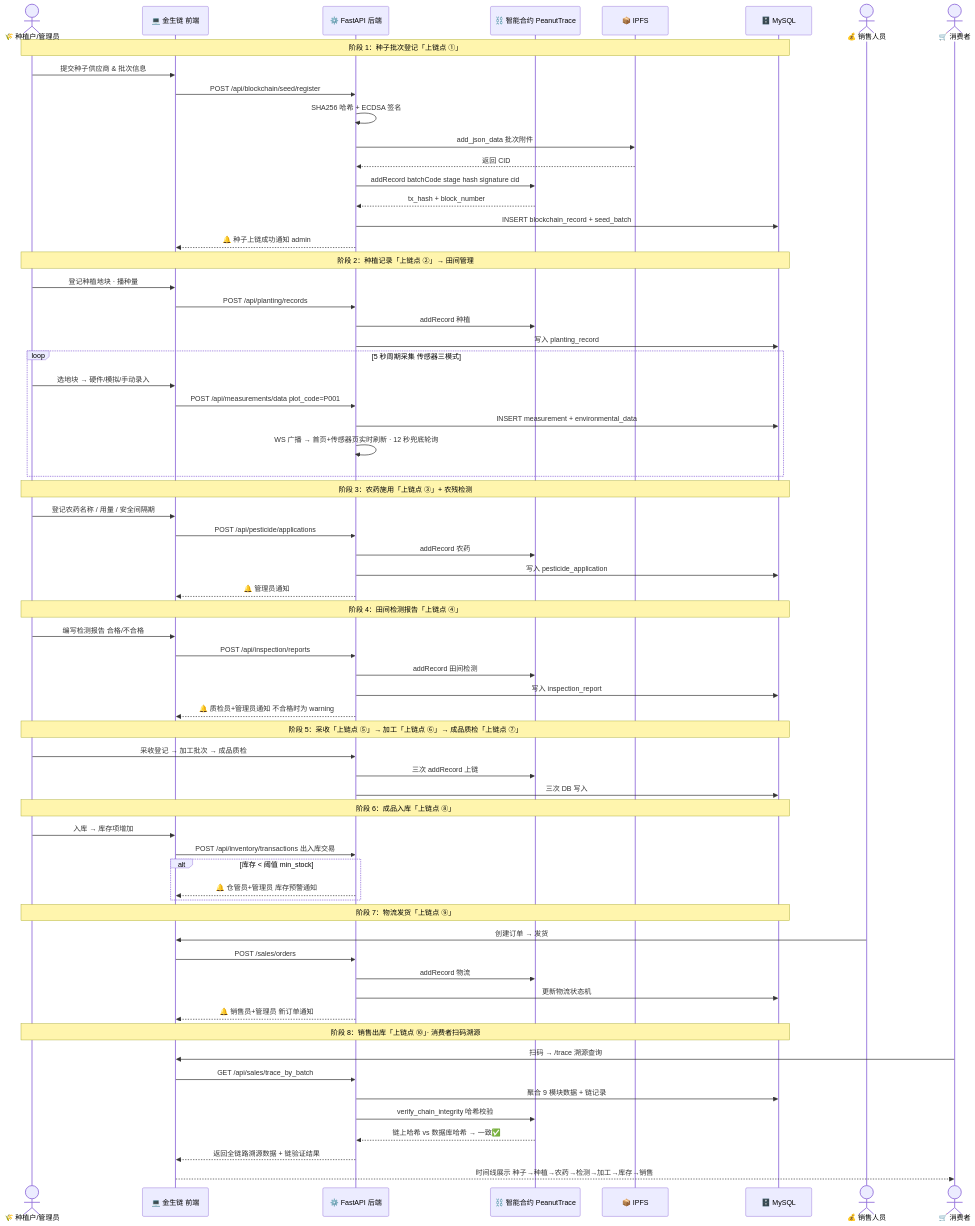
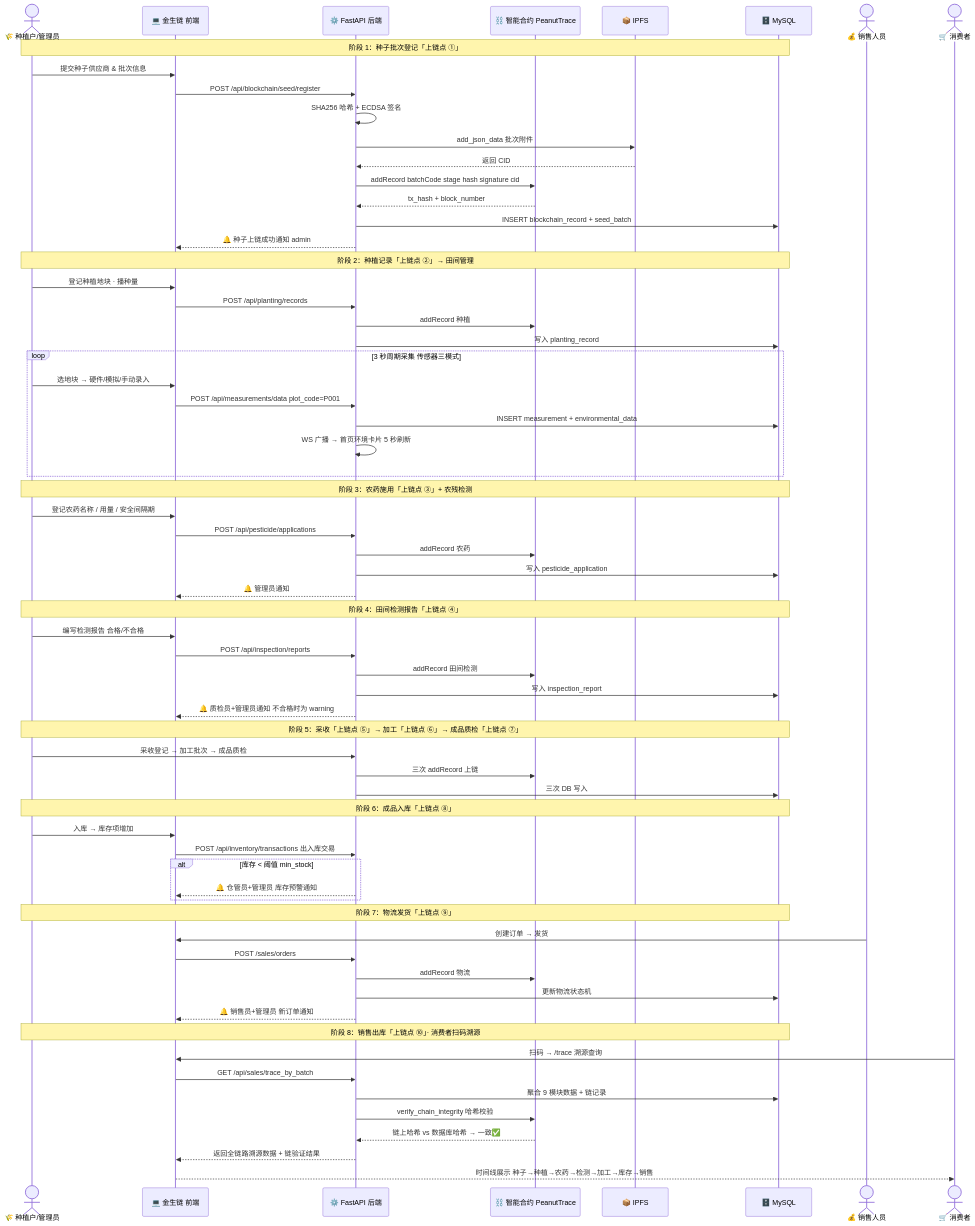
The second of 2 diagrams in README.md (Da123e/nongyao), drawn with Mermaid before and after one commit. The commit also changed other lines of this file and 2 other files, not shown here.

First line of the commit message:
docs: 同步README内嵌架构图/时序图为最新版，移除评审视角敏感字样

````diff
--- a/README.md
+++ b/README.md
@@ -226,77 +226,77 @@
 ```mermaid
 sequenceDiagram
     actor F as 🌾 种植户/管理员
     participant FE as 💻 金生链 前端
     participant BE as ⚙️ FastAPI 后端
     participant BC as ⛓️ 智能合约 PeanutTrace
     participant IPFS as 📦 IPFS
     participant DB as 🗄️ MySQL
 
     Note over F,DB: 阶段 1：种子批次登记「上链点 ①」
     F->>FE: 提交种子供应商 & 批次信息
     FE->>BE: POST /api/blockchain/seed/register
     BE->>BE: SHA256 哈希 + ECDSA 签名
     BE->>IPFS: add_json_data 批次附件
     IPFS-->>BE: 返回 CID
     BE->>BC: addRecord batchCode stage hash signature cid
     BC-->>BE: tx_hash + block_number
     BE->>DB: INSERT blockchain_record + seed_batch
     BE-->>FE: 🔔 种子上链成功通知 admin
 
     Note over F,DB: 阶段 2：种植记录「上链点 ②」→ 田间管理
     F->>FE: 登记种植地块 · 播种量
     FE->>BE: POST /api/planting/records
     BE->>BC: addRecord 种植
     BE->>DB: 写入 planting_record
 
-    loop 5 秒周期采集 传感器三模式
+    loop 3 秒周期采集 传感器三模式
         F->>FE: 选地块 → 硬件/模拟/手动录入
         FE->>BE: POST /api/measurements/data plot_code=P001
         BE->>DB: INSERT measurement + environmental_data
-        BE->>BE: WS 广播 → 首页+传感器页实时刷新 · 12 秒兜底轮询
+        BE->>BE: WS 广播 → 首页环境卡片 5 秒刷新
     end
 
     Note over F,DB: 阶段 3：农药施用「上链点 ③」+ 农残检测
     F->>FE: 登记农药名称 / 用量 / 安全间隔期
     FE->>BE: POST /api/pesticide/applications
     BE->>BC: addRecord 农药
     BE->>DB: 写入 pesticide_application
     BE-->>FE: 🔔 管理员通知
 
     Note over F,DB: 阶段 4：田间检测报告「上链点 ④」
     F->>FE: 编写检测报告 合格/不合格
     FE->>BE: POST /api/inspection/reports
     BE->>BC: addRecord 田间检测
     BE->>DB: 写入 inspection_report
     BE-->>FE: 🔔 质检员+管理员通知 不合格时为 warning
 
     Note over F,DB: 阶段 5：采收「上链点 ⑤」→ 加工「上链点 ⑥」→ 成品质检「上链点 ⑦」
     F->>BE: 采收登记 → 加工批次 → 成品质检
     BE->>BC: 三次 addRecord 上链
     BE->>DB: 三次 DB 写入
 
     Note over F,DB: 阶段 6：成品入库「上链点 ⑧」
     F->>FE: 入库 → 库存项增加
     FE->>BE: POST /api/inventory/transactions 出入库交易
     alt 库存 < 阈值 min_stock
         BE-->>FE: 🔔 仓管员+管理员 库存预警通知
     end
 
     Note over F,DB: 阶段 7：物流发货「上链点 ⑨」
     actor S as 💰 销售人员
     S->>FE: 创建订单 → 发货
     FE->>BE: POST /sales/orders
     BE->>BC: addRecord 物流
     BE->>DB: 更新物流状态机
     BE-->>FE: 🔔 销售员+管理员 新订单通知
 
     Note over F,DB: 阶段 8：销售出库「上链点 ⑩」· 消费者扫码溯源
     actor C as 🛒 消费者
     C->>FE: 扫码 → /trace 溯源查询
     FE->>BE: GET /api/sales/trace_by_batch
     BE->>DB: 聚合 9 模块数据 + 链记录
     BE->>BC: verify_chain_integrity 哈希校验
     BC-->>BE: 链上哈希 vs 数据库哈希 → 一致✅
     BE-->>FE: 返回全链路溯源数据 + 链验证结果
     FE-->>C: 时间线展示 种子→种植→农药→检测→加工→库存→销售
 ```
````
